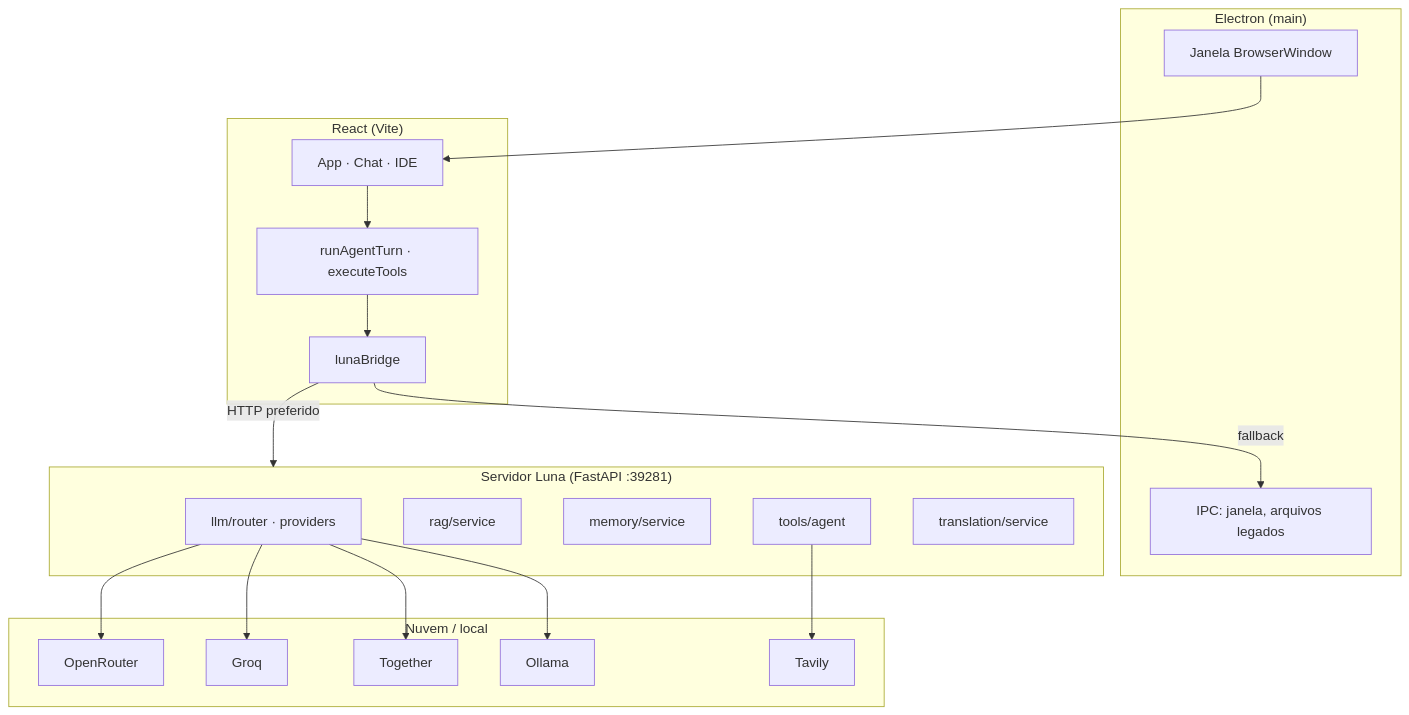
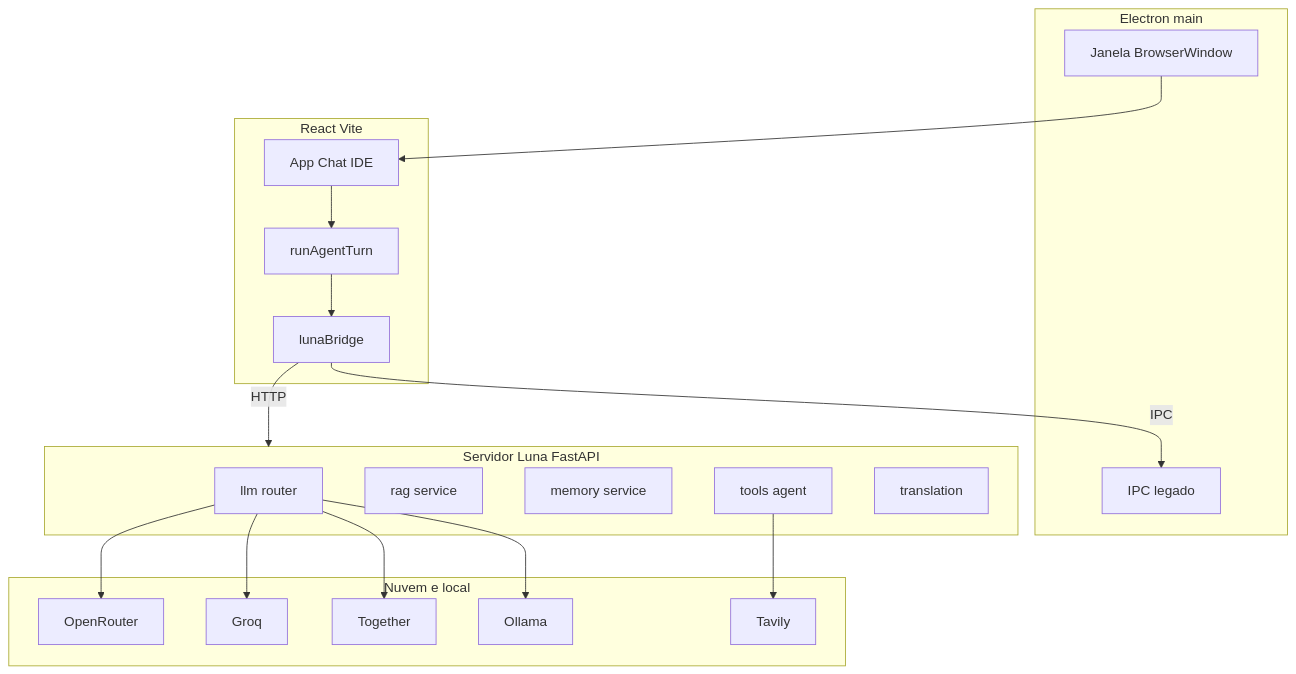
One commit to NowardEthan/Luna changed the first of 2 diagrams in README.md. Above: the diagram before and after it, drawn with Mermaid. The commit also changed other lines of this file, not shown here.

Commit message:
fix: corrigir sintaxe dos diagramas Mermaid no README

````diff
--- a/README.md
+++ b/README.md
@@ -80,37 +80,40 @@
 ```mermaid
 flowchart TB
-  subgraph Desktop["Electron (main)"]
+  subgraph Desktop["Electron main"]
     WIN[Janela BrowserWindow]
-    IPC[IPC: janela, arquivos legados]
+    IPC[IPC legado]
   end
 
-  subgraph Renderer["React (Vite)"]
-    UI[App · Chat · IDE]
-    AGENT[runAgentTurn · executeTools]
+  subgraph Renderer["React Vite"]
+    UI[App Chat IDE]
+    AGENT[runAgentTurn]
     BRIDGE[lunaBridge]
   end
 
-  subgraph Server["Servidor Luna (FastAPI :39281)"]
-    LLM[llm/router · providers]
-    RAG[rag/service]
-    MEM[memory/service]
-    TOOLS[tools/agent]
-    TR[translation/service]
+  subgraph Server["Servidor Luna FastAPI"]
+    LLM[llm router]
+    RAG[rag service]
+    MEM[memory service]
+    TOOLS[tools agent]
+    TR[translation]
   end
 
-  subgraph External["Nuvem / local"]
+  subgraph External["Nuvem e local"]
     OR[OpenRouter]
     GQ[Groq]
     TG[Together]
     OL[Ollama]
     TV[Tavily]
   end
 
   WIN --> UI
   UI --> AGENT
   AGENT --> BRIDGE
-  BRIDGE -->|HTTP preferido| Server
-  BRIDGE -->|fallback| IPC
-  LLM --> OR & GQ & TG & OL
+  BRIDGE -->|HTTP| Server
+  BRIDGE -->|IPC| IPC
+  LLM --> OR
+  LLM --> GQ
+  LLM --> TG
+  LLM --> OL
   TOOLS --> TV
 ```
````
